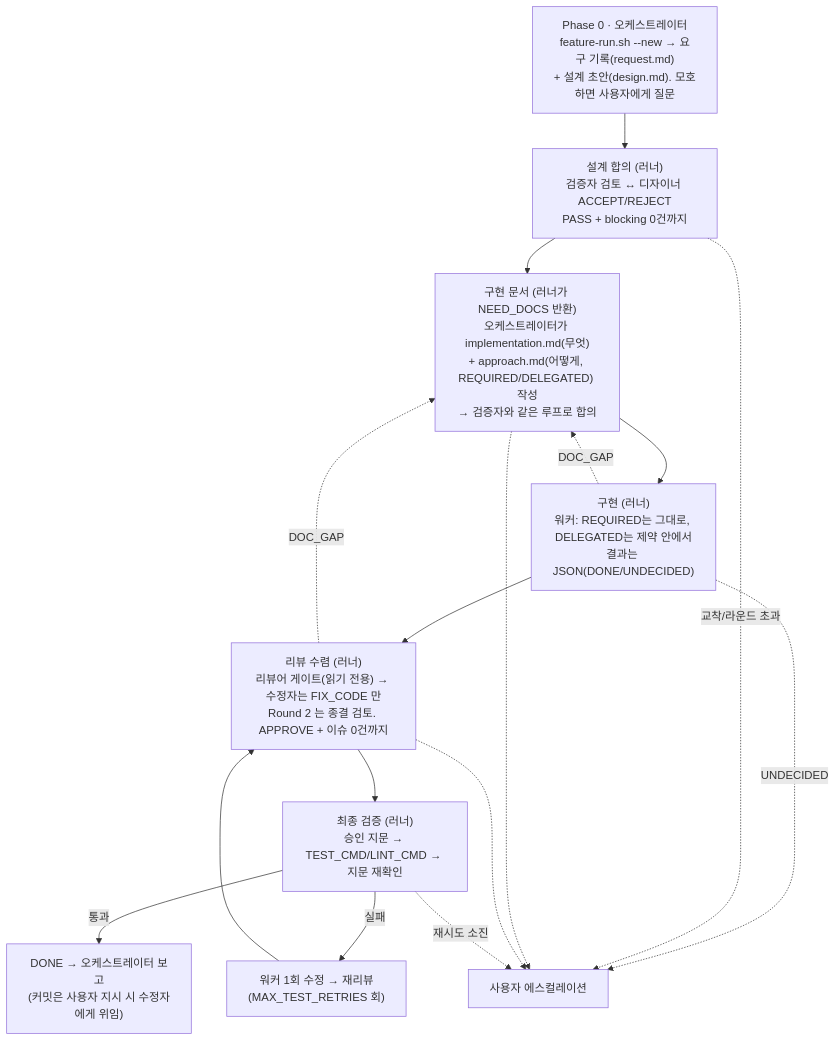
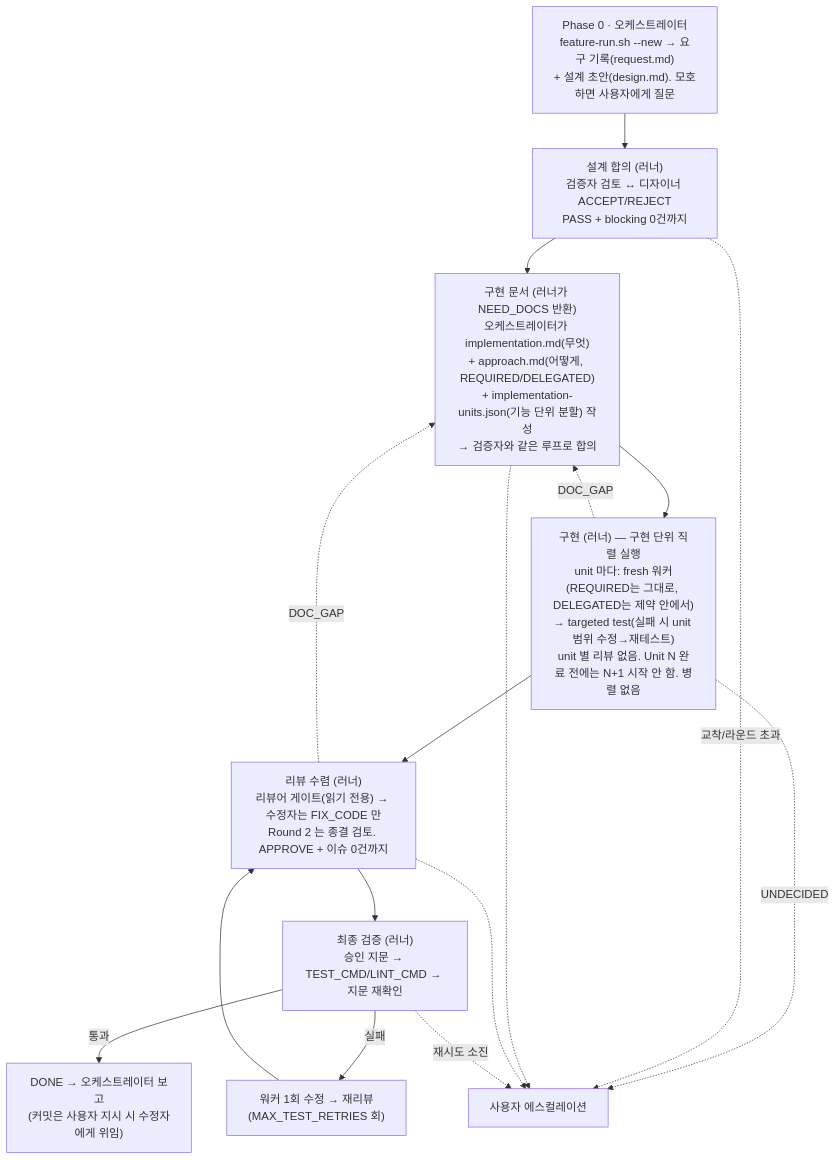
Before and after one commit to DEV-asdf-516/feature-skill: the diagram in README.md, drawn with Mermaid. The commit also changed other lines of this file and 13 other files, not shown here.

First line of the commit message:
feat: 구현 단위 직렬 실행 + unit 간 rolling implementation context

````diff
--- a/README.md
+++ b/README.md
@@ -25,17 +25,17 @@
 ```mermaid
 flowchart TD
     P0["Phase 0 · 오케스트레이터\nfeature-run.sh --new → 요구 기록(request.md)\n+ 설계 초안(design.md). 모호하면 사용자에게 질문"] --> P1
     P1["설계 합의 (러너)\n검증자 검토 ↔ 디자이너 ACCEPT/REJECT\nPASS + blocking 0건까지"] --> P15
-    P15["구현 문서 (러너가 NEED_DOCS 반환)\n오케스트레이터가 implementation.md(무엇)\n+ approach.md(어떻게, REQUIRED/DELEGATED) 작성\n→ 검증자와 같은 루프로 합의"] --> P2
-    P2["구현 (러너)\n워커: REQUIRED는 그대로, DELEGATED는 제약 안에서\n결과는 JSON(DONE/UNDECIDED)"] --> P3
+    P15["구현 문서 (러너가 NEED_DOCS 반환)\n오케스트레이터가 implementation.md(무엇)\n+ approach.md(어떻게, REQUIRED/DELEGATED)\n+ implementation-units.json(기능 단위 분할) 작성\n→ 검증자와 같은 루프로 합의"] --> P2
+    P2["구현 (러너) — 구현 단위 직렬 실행\nunit 마다: fresh 워커(REQUIRED는 그대로, DELEGATED는 제약 안에서)\n→ targeted test(실패 시 unit 범위 수정→재테스트)\nunit 별 리뷰 없음. Unit N 완료 전에는 N+1 시작 안 함. 병렬 없음"] --> P3
     P2 -.DOC_GAP.-> P15
     P3["리뷰 수렴 (러너)\n리뷰어 게이트(읽기 전용) → 수정자는 FIX_CODE 만\nRound 2 는 종결 검토. APPROVE + 이슈 0건까지"] --> P4
     P3 -.DOC_GAP.-> P15
     P4["최종 검증 (러너)\n승인 지문 → TEST_CMD/LINT_CMD → 지문 재확인"] -->|통과| DONE["DONE → 오케스트레이터 보고\n(커밋은 사용자 지시 시 수정자에게 위임)"]
     P4 -->|실패| P2R["워커 1회 수정 → 재리뷰\n(MAX_TEST_RETRIES 회)"] --> P3
     P2 -.UNDECIDED.-> ESC
     P1 -.교착/라운드 초과.-> ESC["사용자 에스컬레이션"]
     P15 -.-> ESC
     P3 -.-> ESC
     P4 -.재시도 소진.-> ESC
 ```
````
